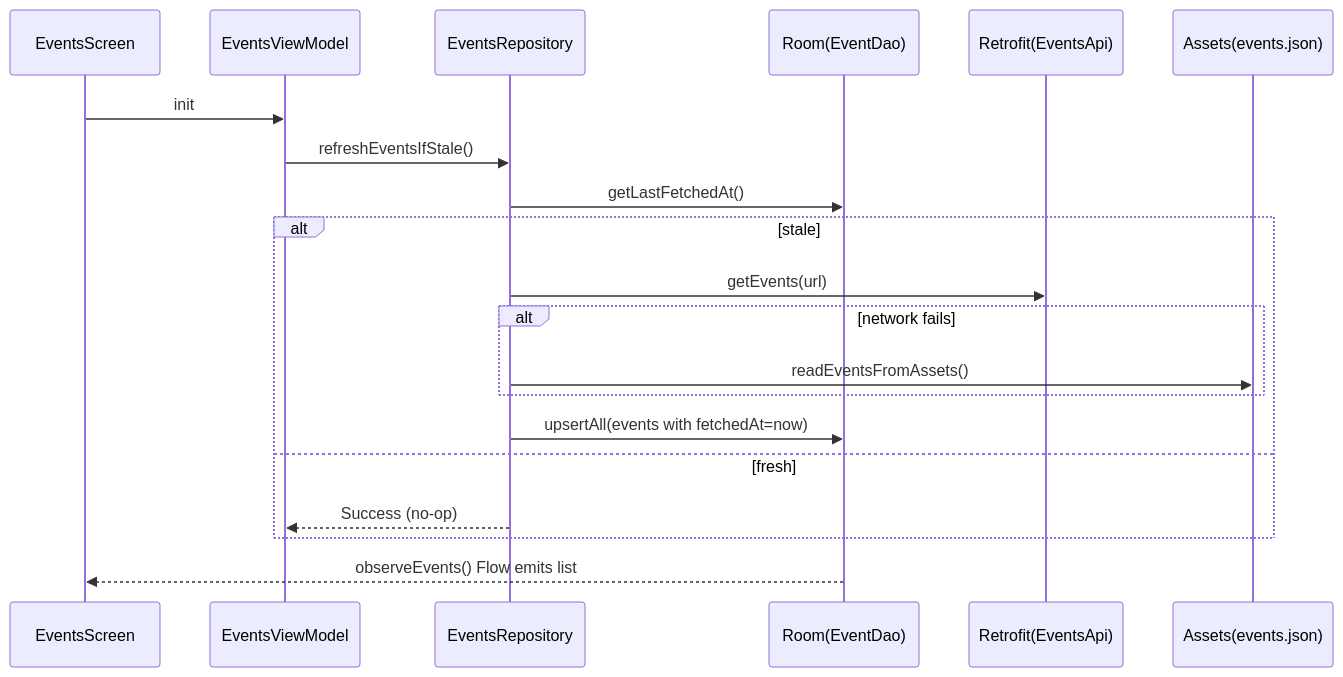
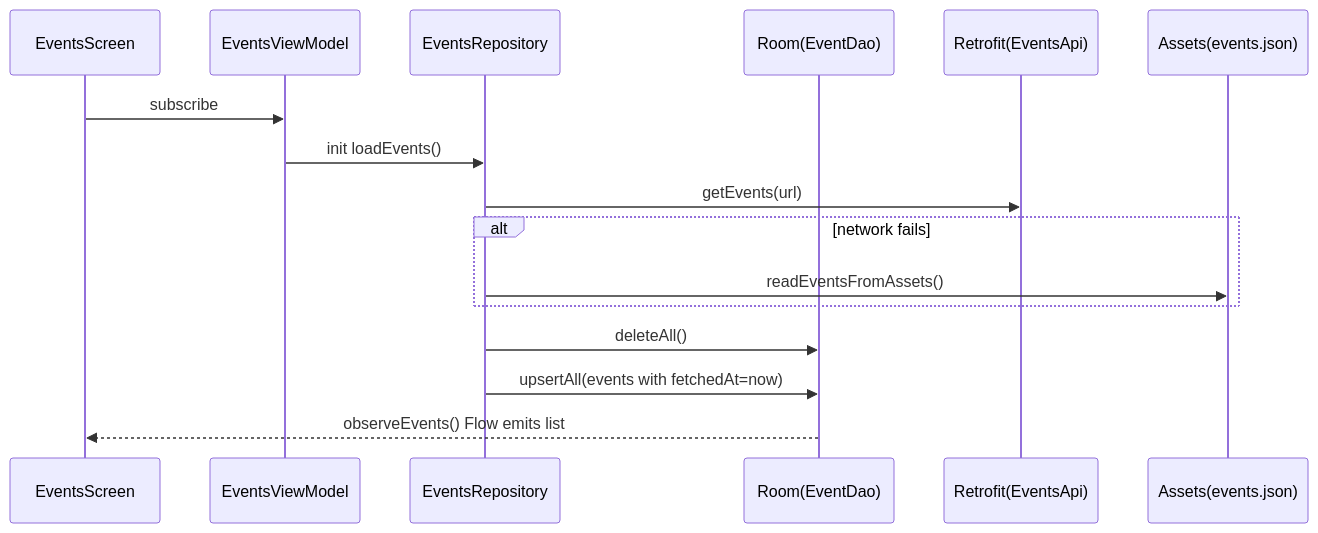
Before and after one commit to Happymonk007/EventPlanner: the second of 2 diagrams in README.md, drawn with Mermaid. The commit also changed other lines of this file and 26 other files, not shown here.

````diff
--- a/README.md
+++ b/README.md
@@ -95,23 +93,19 @@
 ```mermaid
 sequenceDiagram
   participant UI as EventsScreen
   participant VM as EventsViewModel
   participant Repo as EventsRepository
   participant DB as Room(EventDao)
   participant API as Retrofit(EventsApi)
   participant A as Assets(events.json)
 
-  UI->>VM: init
-  VM->>Repo: refreshEventsIfStale()
-  Repo->>DB: getLastFetchedAt()
-  alt stale
-    Repo->>API: getEvents(url)
-    alt network fails
-      Repo->>A: readEventsFromAssets()
-    end
-    Repo->>DB: upsertAll(events with fetchedAt=now)
-  else fresh
-    Repo-->>VM: Success (no-op)
+  UI->>VM: subscribe
+  VM->>Repo: init loadEvents()
+  Repo->>API: getEvents(url)
+  alt network fails
+    Repo->>A: readEventsFromAssets()
   end
+  Repo->>DB: deleteAll()
+  Repo->>DB: upsertAll(events with fetchedAt=now)
   DB-->>UI: observeEvents() Flow emits list
 ```
````
